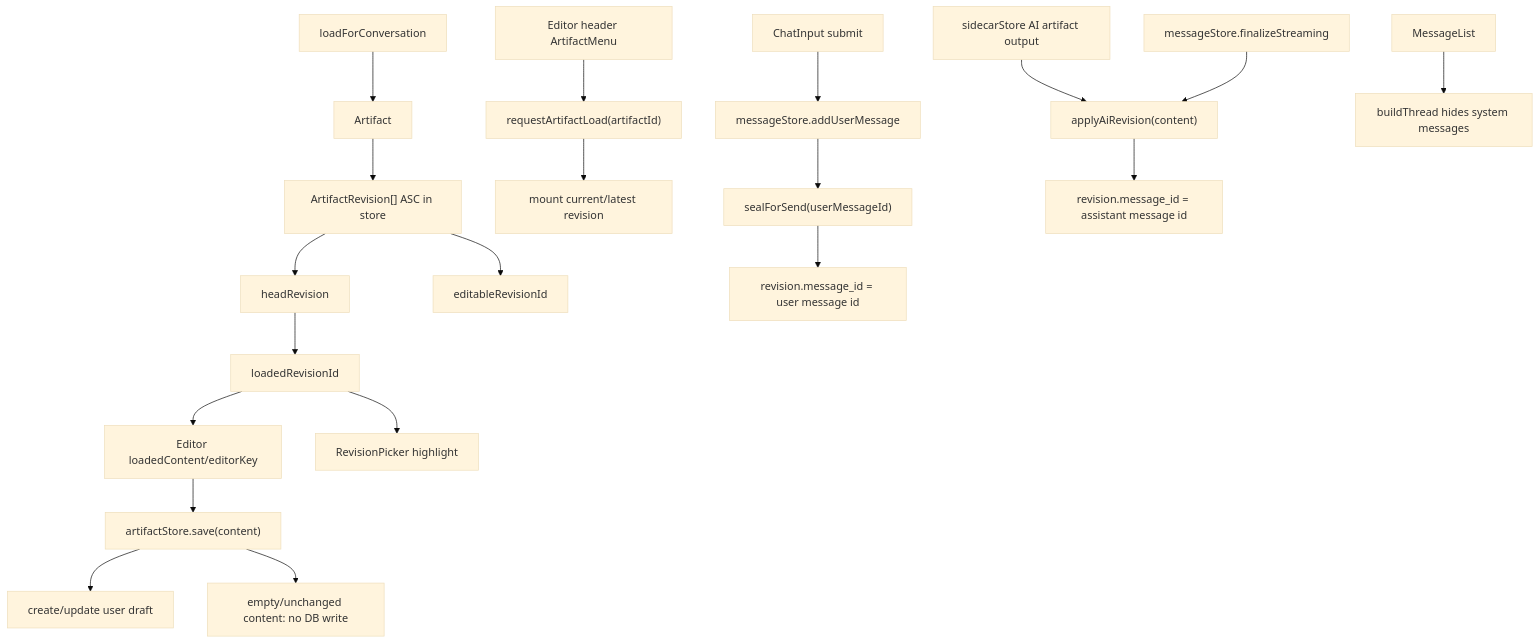
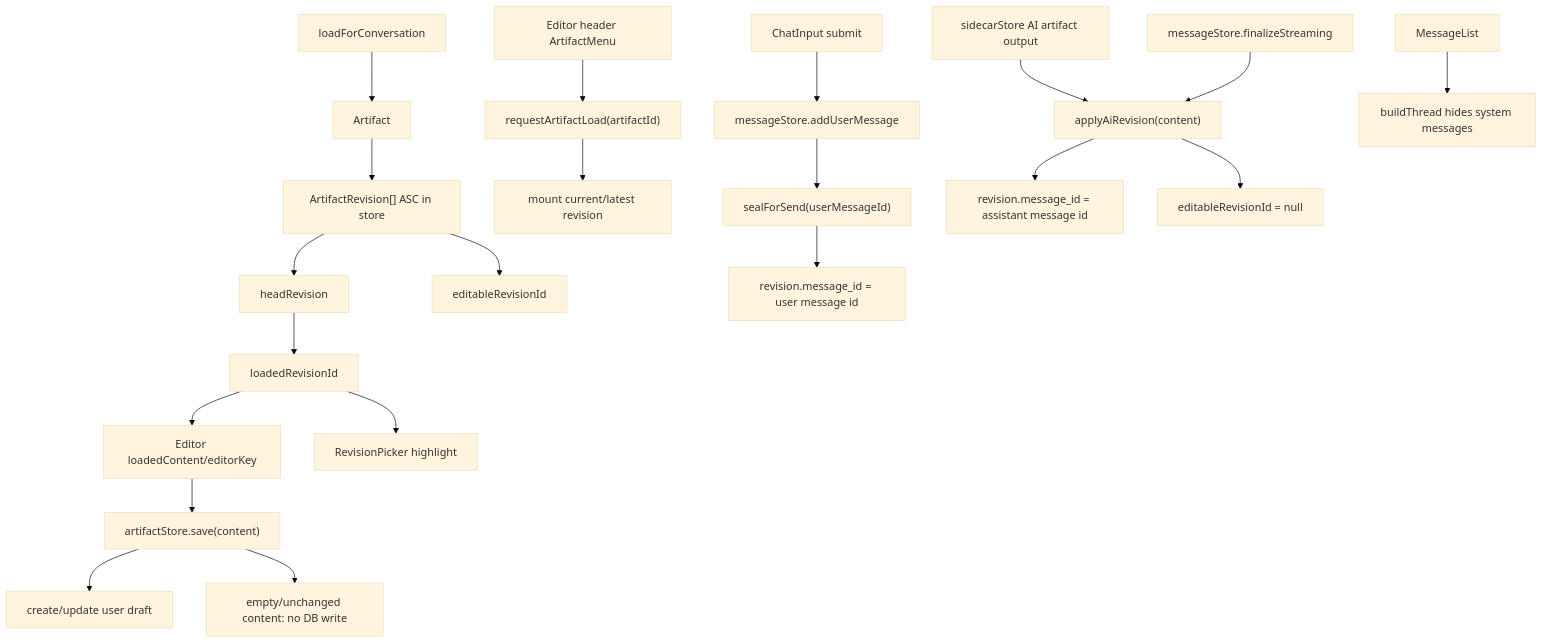
Before and after one commit to jpetroff/ai-cowork-assistant: the diagram in .memory/artifact-revisions.md, drawn with Mermaid (base theme). The commit also changed other lines of this file and 7 other files, not shown here.

````diff
--- a/.memory/artifact-revisions.md
+++ b/.memory/artifact-revisions.md
@@ -5,25 +5,26 @@
 ```mermaid
 flowchart TD
   Load["loadForConversation"] --> Artifact["Artifact"]
   Artifact --> Revisions["ArtifactRevision[] ASC in store"]
   Revisions --> Head["headRevision"]
   Head --> Loaded["loadedRevisionId"]
   Loaded --> Editor["Editor loadedContent/editorKey"]
   Loaded --> Picker["RevisionPicker highlight"]
   Revisions --> Editable["editableRevisionId"]
 
   Editor --> Save["artifactStore.save(content)"]
   Save --> Draft["create/update user draft"]
   Header["Editor header ArtifactMenu"] --> ArtifactLoad["requestArtifactLoad(artifactId)"]
   ArtifactLoad --> Latest["mount current/latest revision"]
   ChatSend["ChatInput submit"] --> UserMsg["messageStore.addUserMessage"]
   UserMsg --> Seal["sealForSend(userMessageId)"]
   Seal --> Anchor["revision.message_id = user message id"]
 
   Sidecar["sidecarStore AI artifact output"] --> AiRev["applyAiRevision(content)"]
   AssistantMsg["messageStore.finalizeStreaming"] --> AiRev
   AiRev --> AiAnchor["revision.message_id = assistant message id"]
+  AiRev --> Detached["editableRevisionId = null"]
 
   Save --> Noop["empty/unchanged content: no DB write"]
   Messages["MessageList"] --> Thread["buildThread hides system messages"]
 ```
````
